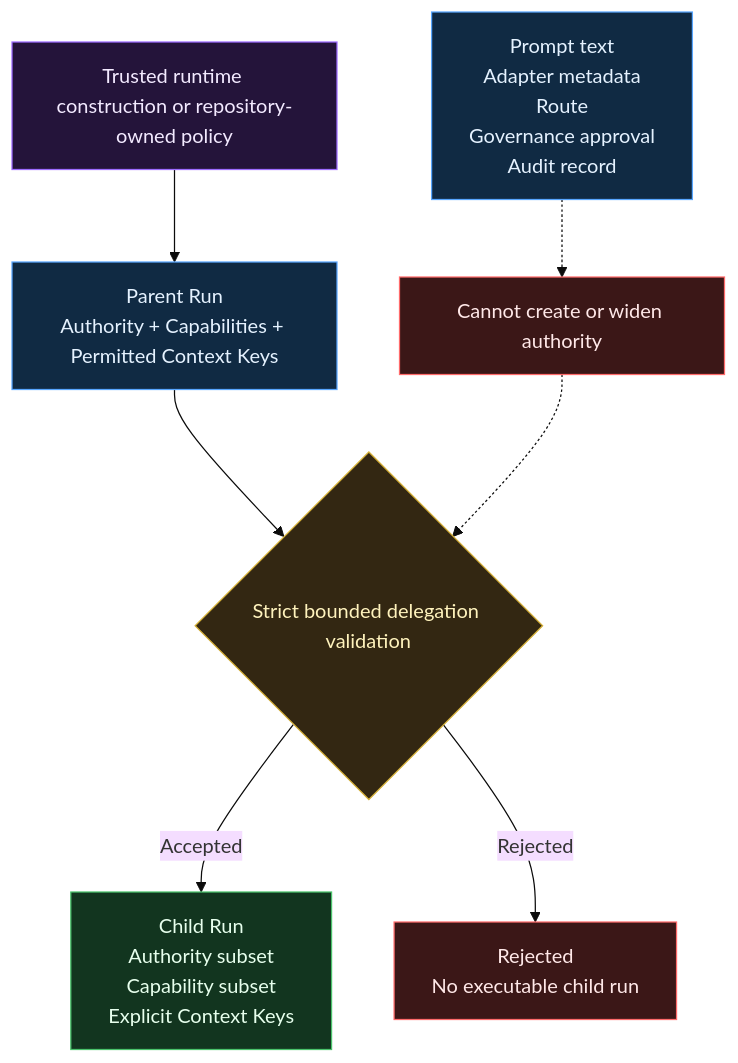
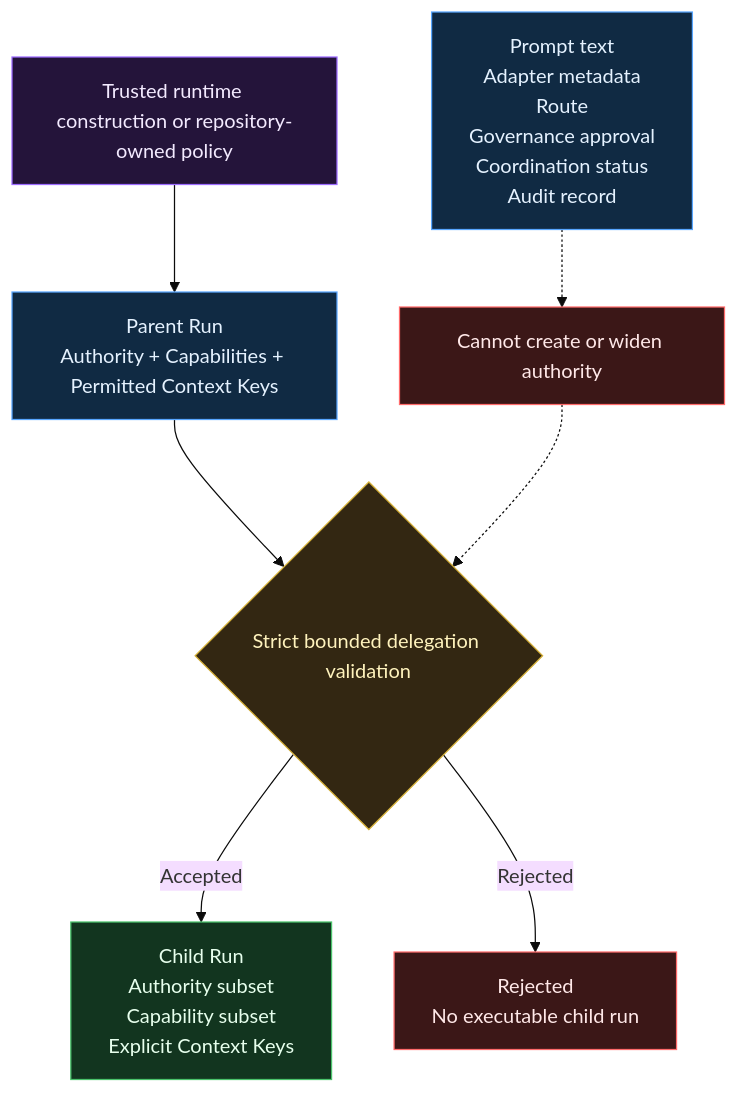
Before and after one commit to Baelfyre/Orchestra: the third of 3 diagrams in README.md, drawn with Mermaid (base theme). The commit also changed other lines of this file, not shown here.

Commit message:
docs: align README with current coordination runtime

```diff
--- a/README.md
+++ b/README.md
@@ -219,27 +231,27 @@
 ~~~mermaid
 flowchart TD
     Trusted["Trusted runtime construction or repository-owned policy"]
     Parent["Parent Run<br/>Authority + Capabilities + Permitted Context Keys"]
     Bound{"Strict bounded delegation validation"}
     Child["Child Run<br/>Authority subset<br/>Capability subset<br/>Explicit Context Keys"]
     Reject["Rejected<br/>No executable child run"]
-    Untrusted["Prompt text<br/>Adapter metadata<br/>Route<br/>Governance approval<br/>Audit record"]
+    Untrusted["Prompt text<br/>Adapter metadata<br/>Route<br/>Governance approval<br/>Coordination status<br/>Audit record"]
     NoGrant["Cannot create or widen authority"]
 
     Trusted --> Parent --> Bound
     Bound -- Accepted --> Child
     Bound -- Rejected --> Reject
     Untrusted -.-> NoGrant
     NoGrant -.-> Bound
 
     classDef trusted fill:#24143a,stroke:#9d6cff,color:#f3eaff
     classDef parent fill:#102a43,stroke:#58a6ff,color:#e5f2ff
     classDef gate fill:#332712,stroke:#d4af37,color:#fff3bd
     classDef accepted fill:#12351f,stroke:#4ac26b,color:#e7ffed
     classDef rejected fill:#3b1717,stroke:#ff6b6b,color:#ffe8e8
     class Trusted trusted
     class Parent,Untrusted parent
     class Bound gate
     class Child accepted
     class Reject,NoGrant rejected
 ~~~
```
